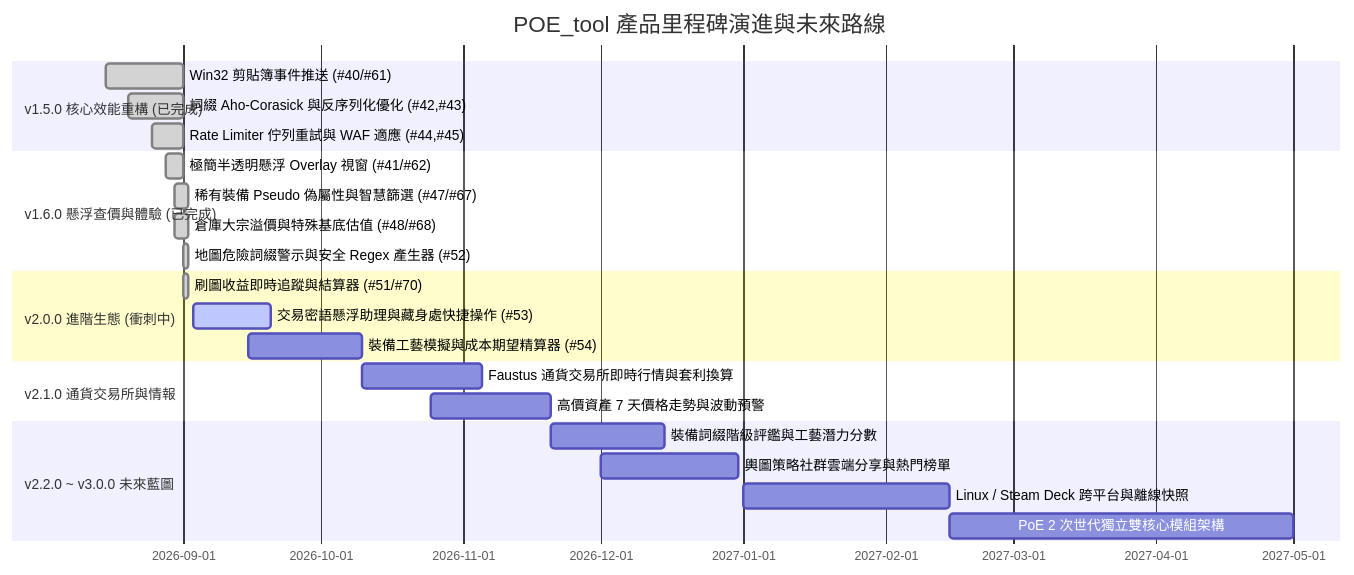
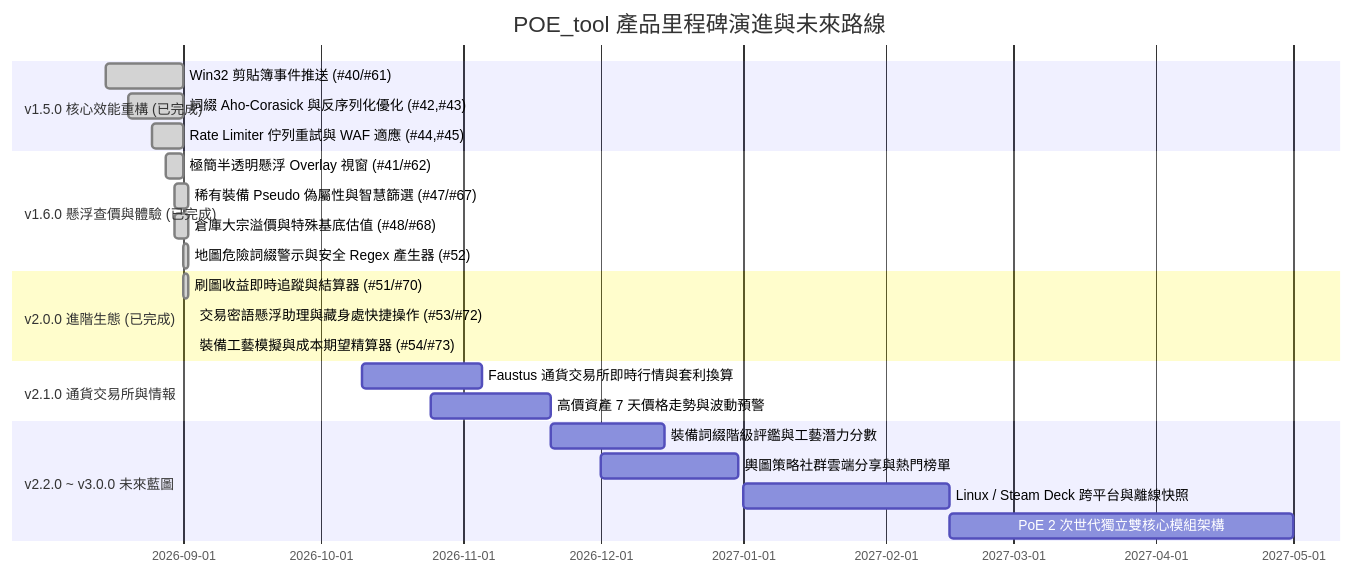
One commit to saijo0404/POE-tool changed the diagram in ROADMAP.md. Above: the diagram before and after it, drawn with Mermaid. The commit also changed other lines of this file and 2 other files, not shown here.

Commit message:
docs: update README, CHANGELOG and ROADMAP for v2.0.0 features

````diff
--- a/ROADMAP.md
+++ b/ROADMAP.md
@@ -49,26 +49,26 @@
 ```mermaid
 gantt
     title POE_tool 產品里程碑演進與未來路線
     dateFormat  YYYY-MM-DD
     section v1.5.0 核心效能重構 (已完成)
     Win32 剪貼簿事件推送 (#40/#61)           :done,    m1_1, 2026-08-15, 2026-09-01
     詞綴 Aho-Corasick 與反序列化優化 (#42,#43) :done,    m1_2, 2026-08-20, 2026-09-01
     Rate Limiter 佇列重試與 WAF 適應 (#44,#45)  :done,    m1_3, 2026-08-25, 2026-09-01
     section v1.6.0 懸浮查價與體驗 (已完成)
     極簡半透明懸浮 Overlay 視窗 (#41/#62)     :done,    m2_1, 2026-08-28, 2026-09-01
     稀有裝備 Pseudo 偽屬性與智慧篩選 (#47/#67) :done,    m2_2, 2026-08-30, 2026-09-02
     倉庫大宗溢價與特殊基底估值 (#48/#68)      :done,    m2_3, 2026-08-30, 2026-09-02
     地圖危險詞綴警示與安全 Regex 產生器 (#52)  :done,    m2_4, 2026-09-01, 2026-09-02
-    section v2.0.0 進階生態 (衝刺中)
+    section v2.0.0 進階生態 (已完成)
     刷圖收益即時追蹤與結算器 (#51/#70)        :done,    m3_1, 2026-09-01, 2026-09-02
-    交易密語懸浮助理與藏身處快捷操作 (#53)     :active,  m3_2, 2026-09-03, 2026-09-20
-    裝備工藝模擬與成本期望精算器 (#54)         :         m3_3, 2026-09-15, 2026-10-10
+    交易密語懸浮助理與藏身處快捷操作 (#53/#72) :done,    m3_2, 2026-09-03, 2026-09-03
+    裝備工藝模擬與成本期望精算器 (#54/#73)     :done,    m3_3, 2026-09-03, 2026-09-03
     section v2.1.0 通貨交易所與情報
     Faustus 通貨交易所即時行情與套利換算       :         m4_1, 2026-10-10, 2026-11-05
     高價資產 7 天價格走勢與波動預警           :         m4_2, 2026-10-25, 2026-11-20
     section v2.2.0 ~ v3.0.0 未來藍圖
     裝備詞綴階級評鑑與工藝潛力分數           :         m5_1, 2026-11-20, 2026-12-15
     輿圖策略社群雲端分享與熱門榜單           :         m5_2, 2026-12-01, 2026-12-31
     Linux / Steam Deck 跨平台與離線快照      :         m6_1, 2027-01-01, 2027-02-15
     PoE 2 次世代獨立雙核心模組架構           :         m7_1, 2027-02-15, 2027-05-01
 ```
````
